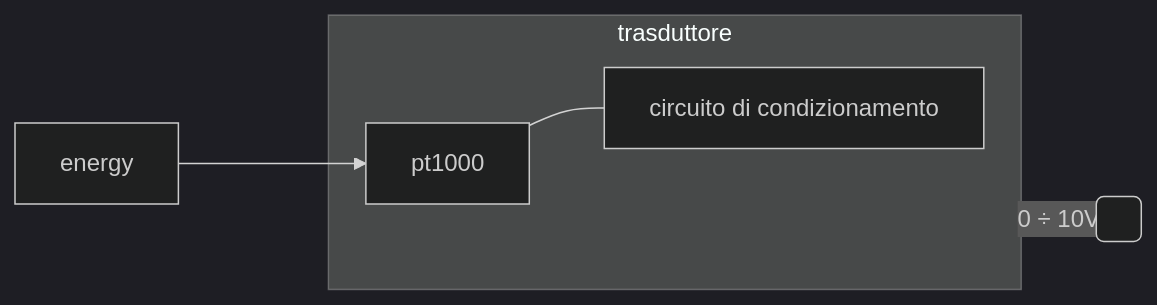
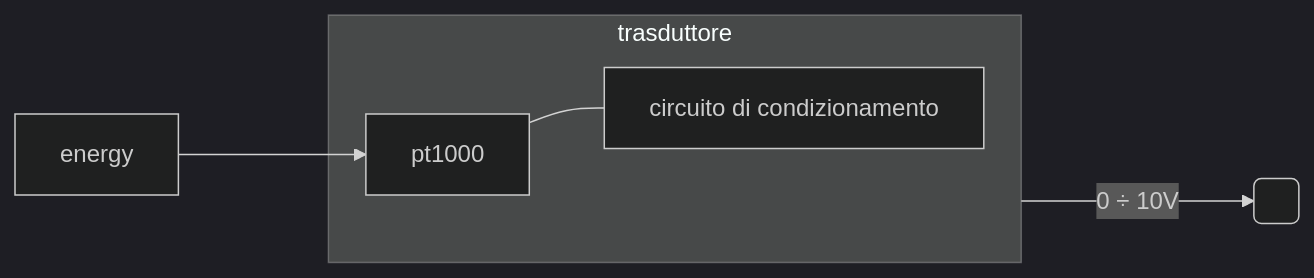
The diagram in classe_4/tpsee/uda_3/L05_08-05-2024_dalla_fisica_ai_bit.md (dennyb87/elettrotecnica-serale), drawn with Mermaid (dark theme) before and after one commit. The commit also changed 2 other files, not shown here.

Commit message:
on/off systems

````diff
--- a/classe_4/tpsee/uda_3/L05_08-05-2024_dalla_fisica_ai_bit.md
+++ b/classe_4/tpsee/uda_3/L05_08-05-2024_dalla_fisica_ai_bit.md
@@ -21,8 +21,8 @@
 ```mermaid
 flowchart LR
     energy--->pt1000
     subgraph trasduttore
         pt1000---cond["circuito di condizionamento"]
     end
-    trasduttore--"0 ÷ 10V"--->out(" ")
+    trasduttore--"0 ÷ 10V"---->out(" ")
 ```
````
